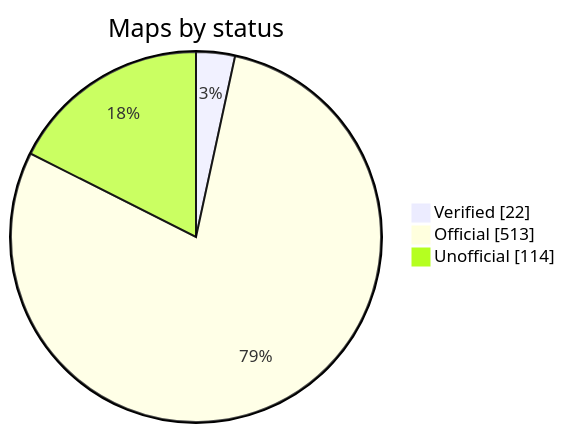
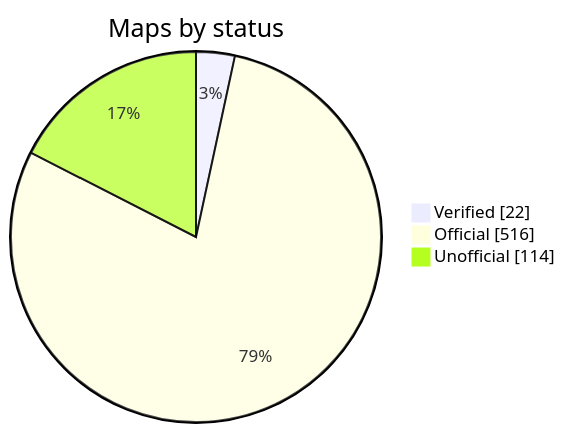
The diagram in README.md (nobrega8/mbmap-library), drawn with Mermaid before and after one commit. The commit also changed 8 other files, not shown here.

````diff
--- a/README.md
+++ b/README.md
@@ -52,7 +52,7 @@
 ```mermaid
 pie showData
     title Maps by status
     "Verified" : 22
-    "Official" : 513
+    "Official" : 516
     "Unofficial" : 114
 ```
````
